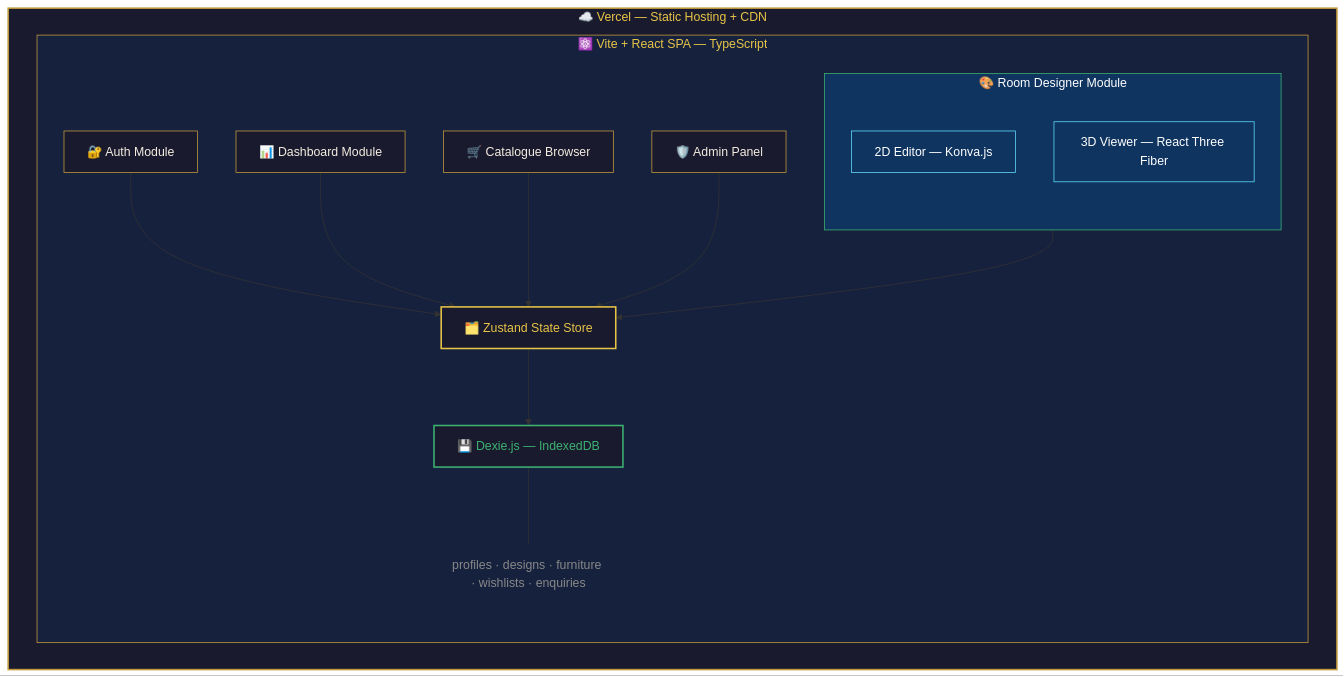
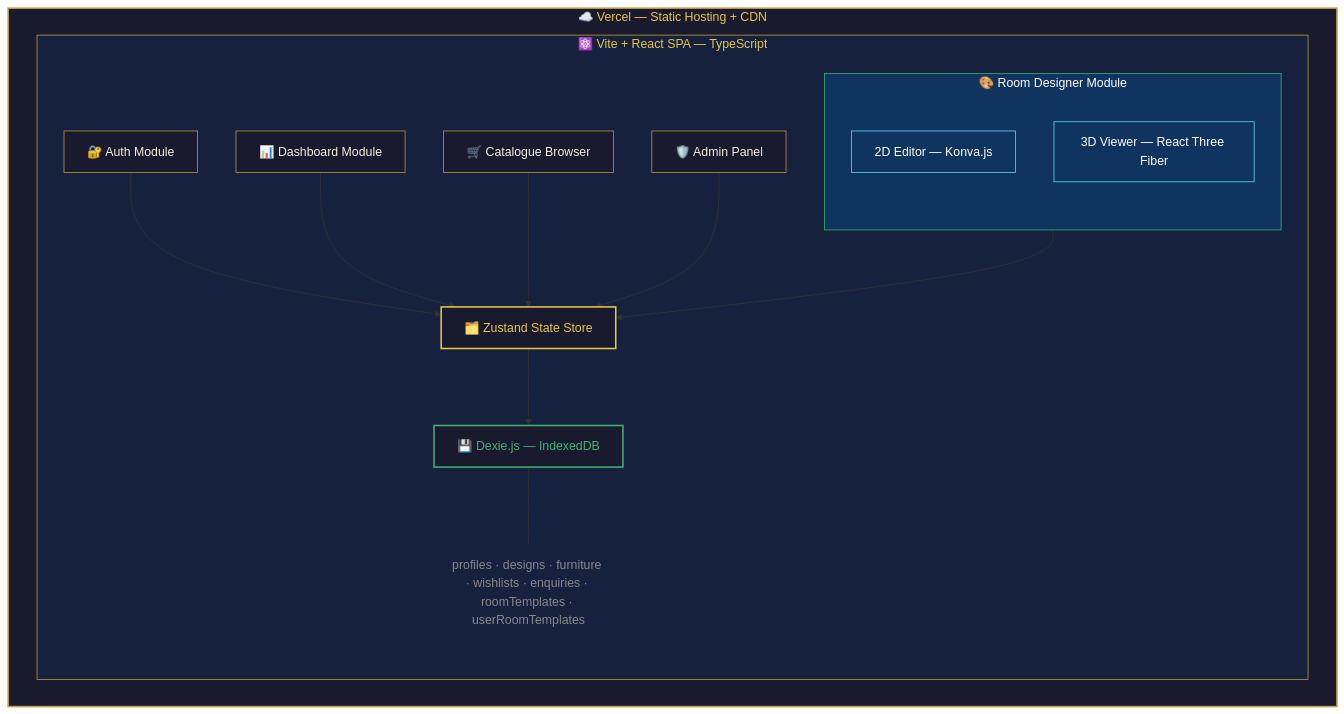
Before and after one commit to DilshanIBY/RoomCraft_Pro: the diagram in README.md, drawn with Mermaid. The commit also changed 1 other file, not shown here.

Commit message:
SPRINT-8 (9th Mar - 15th Mar) Update
Updated Readme.md

````diff
--- a/README.md
+++ b/README.md
@@ -179,40 +179,40 @@
 ```mermaid
 graph TD
   subgraph VERCEL["☁️ Vercel — Static Hosting + CDN"]
     subgraph SPA["⚛️ Vite + React SPA — TypeScript"]
       direction TB
 
       AUTH["🔐 Auth Module"]
       DASH["📊 Dashboard Module"]
       CAT["🛒 Catalogue Browser"]
       ADMIN["🛡️ Admin Panel"]
 
       subgraph DESIGNER["🎨 Room Designer Module"]
         KONVA["2D Editor — Konva.js"]
         R3F["3D Viewer — React Three Fiber"]
       end
 
       AUTH & DASH & CAT & ADMIN --> ZUSTAND
       DESIGNER --> ZUSTAND
 
       ZUSTAND["🗂️ Zustand State Store"]
       ZUSTAND --> DEXIE
 
       DEXIE["💾 Dexie.js — IndexedDB"]
-      DEXIE --- TABLES["profiles · designs · furniture · wishlists · enquiries"]
+      DEXIE --- TABLES["profiles · designs · furniture · wishlists · enquiries · roomTemplates · userRoomTemplates"]
     end
   end
 
   style VERCEL fill:#1a1a2e,stroke:#C49A3C,stroke-width:2px,color:#E8C547
   style SPA fill:#16213e,stroke:#C49A3C,stroke-width:1px,color:#E8C547
   style DESIGNER fill:#0f3460,stroke:#3CB371,stroke-width:1px,color:#fff
   style AUTH fill:#1a1a2e,stroke:#C49A3C,color:#F5EDE0
   style DASH fill:#1a1a2e,stroke:#C49A3C,color:#F5EDE0
   style CAT fill:#1a1a2e,stroke:#C49A3C,color:#F5EDE0
   style ADMIN fill:#1a1a2e,stroke:#C49A3C,color:#F5EDE0
   style KONVA fill:#0f3460,stroke:#61DAFB,color:#fff
   style R3F fill:#0f3460,stroke:#61DAFB,color:#fff
   style ZUSTAND fill:#1a1a2e,stroke:#E8C547,stroke-width:2px,color:#E8C547
   style DEXIE fill:#1a1a2e,stroke:#3CB371,stroke-width:2px,color:#3CB371
   style TABLES fill:none,stroke:none,color:#888
 ```
````
